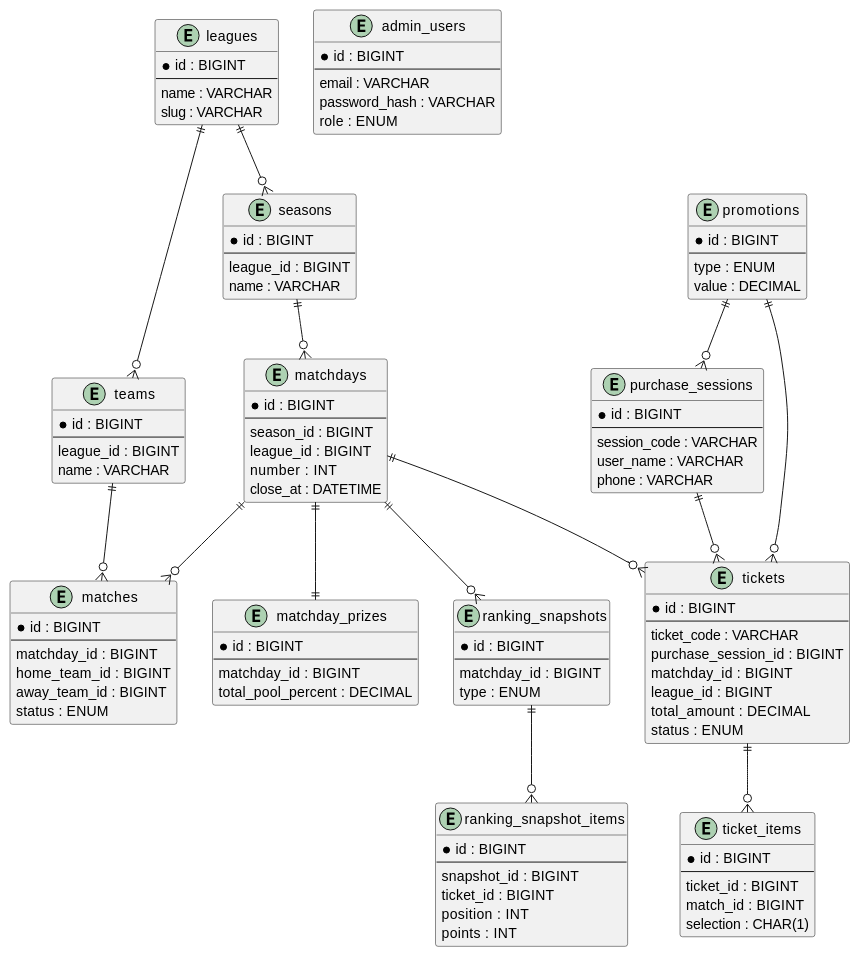
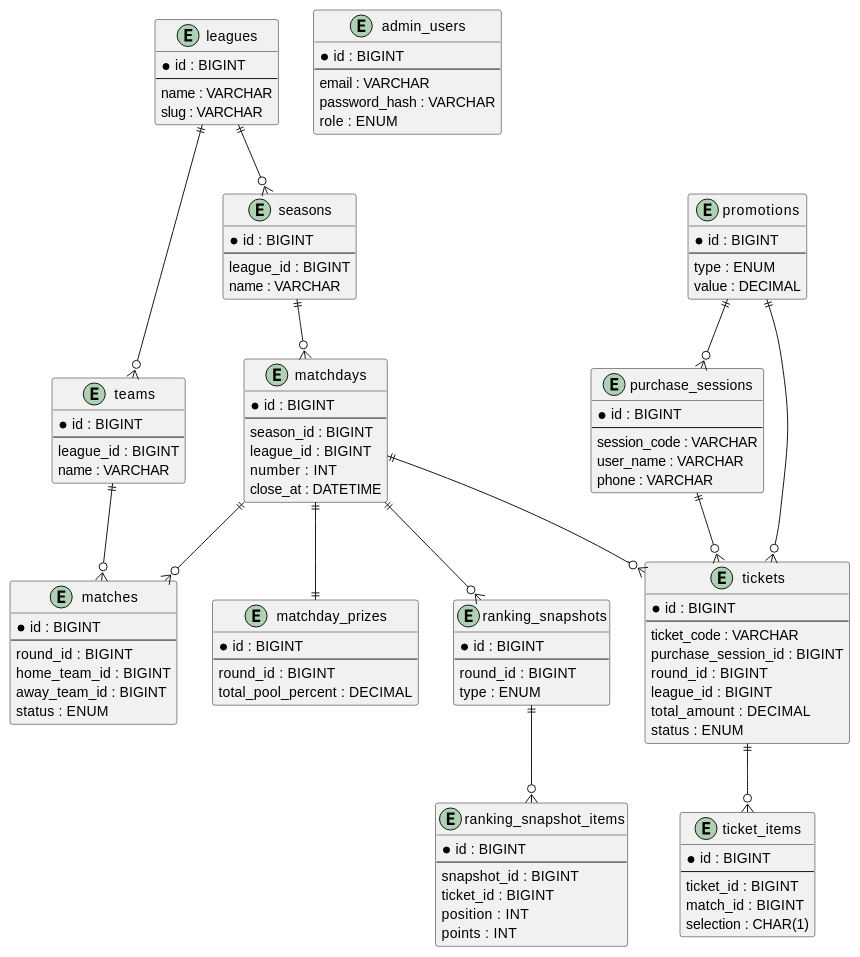
One commit to Leandro-SC/Proyecto_Quiniela changed the diagram in docs/1_domain_model.md. Above: the diagram before and after it, drawn with PlantUML. The commit also changed 29 other files, not shown here.

```diff
--- a/docs/1_domain_model.md
+++ b/docs/1_domain_model.md
@@ -33,7 +33,7 @@
 entity matches {
   * id : BIGINT
   --
-  matchday_id : BIGINT
+  round_id : BIGINT
   home_team_id : BIGINT
   away_team_id : BIGINT
   status : ENUM
@@ -52,7 +52,7 @@
   --
   ticket_code : VARCHAR
   purchase_session_id : BIGINT
-  matchday_id : BIGINT
+  round_id : BIGINT
   league_id : BIGINT
   total_amount : DECIMAL
   status : ENUM
@@ -76,14 +76,14 @@
 entity matchday_prizes {
   * id : BIGINT
   --
-  matchday_id : BIGINT
+  round_id : BIGINT
   total_pool_percent : DECIMAL
 }
 
 entity ranking_snapshots {
   * id : BIGINT
   --
-  matchday_id : BIGINT
+  round_id : BIGINT
   type : ENUM
 }
 
```
